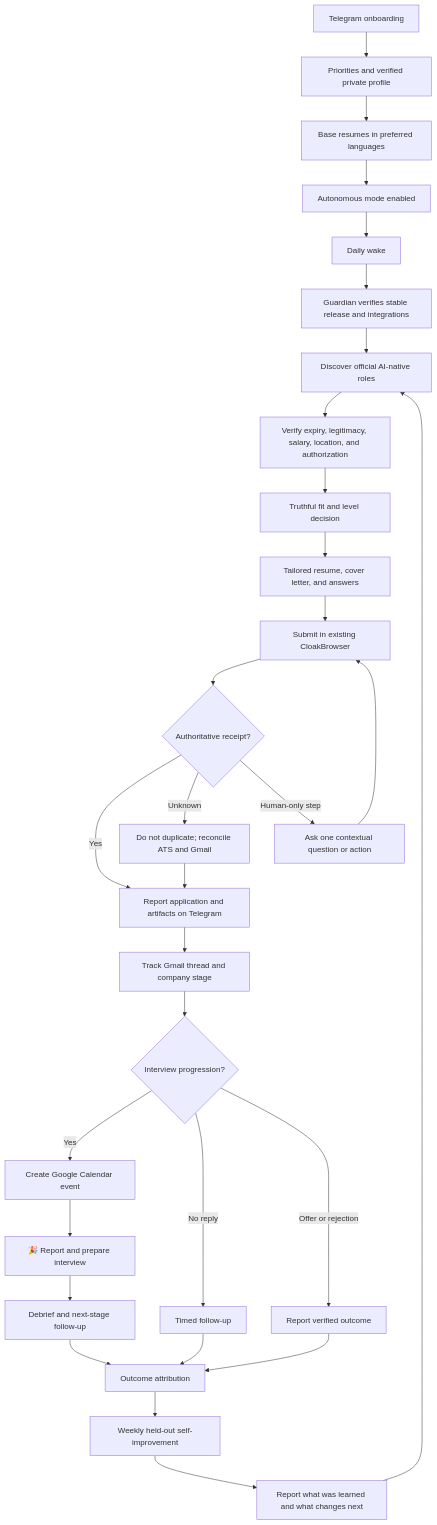
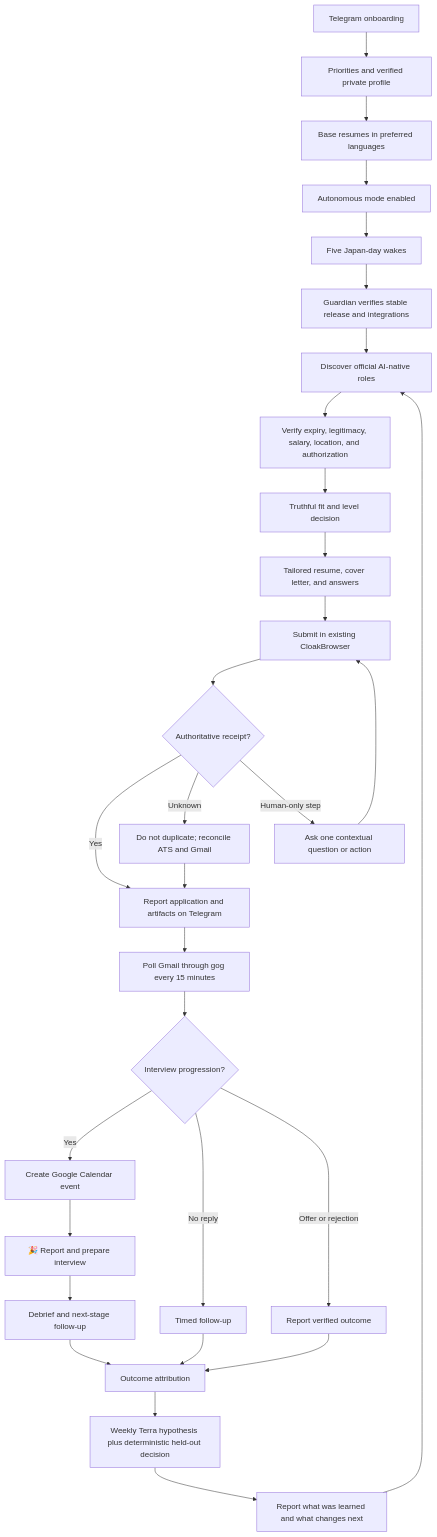
The diagram in docs/superpowers/plans/2026-08-02-job-hunter-local-completion.md (Daisuke134/anicca), drawn with Mermaid before and after one commit. The commit also changed other lines of this file, not shown here.

````diff
--- a/docs/superpowers/plans/2026-08-02-job-hunter-local-completion.md
+++ b/docs/superpowers/plans/2026-08-02-job-hunter-local-completion.md
@@ -741,35 +877,35 @@
 ```mermaid
 flowchart TD
     O[Telegram onboarding] --> P[Priorities and verified private profile]
     P --> R[Base resumes in preferred languages]
     R --> A[Autonomous mode enabled]
 
-    A --> W[Daily wake]
+    A --> W[Five Japan-day wakes]
     W --> H[Guardian verifies stable release and integrations]
     H --> D[Discover official AI-native roles]
     D --> V[Verify expiry, legitimacy, salary, location, and authorization]
     V --> F[Truthful fit and level decision]
     F --> M[Tailored resume, cover letter, and answers]
     M --> S[Submit in existing CloakBrowser]
     S --> C{Authoritative receipt?}
     C -->|Yes| T[Report application and artifacts on Telegram]
     C -->|Unknown| U[Do not duplicate; reconcile ATS and Gmail]
     C -->|Human-only step| Q[Ask one contextual question or action]
     Q --> S
     U --> T
 
-    T --> G[Track Gmail thread and company stage]
+    T --> G[Poll Gmail through gog every 15 minutes]
     G --> I{Interview progression?}
     I -->|Yes| E[Create Google Calendar event]
     E --> J[🎉 Report and prepare interview]
     J --> B[Debrief and next-stage follow-up]
     I -->|No reply| L[Timed follow-up]
     I -->|Offer or rejection| X[Report verified outcome]
 
     B --> Y[Outcome attribution]
     L --> Y
     X --> Y
-    Y --> Z[Weekly held-out self-improvement]
+    Y --> Z[Weekly Terra hypothesis plus deterministic held-out decision]
     Z --> K[Report what was learned and what changes next]
     K --> D
 ```
````
